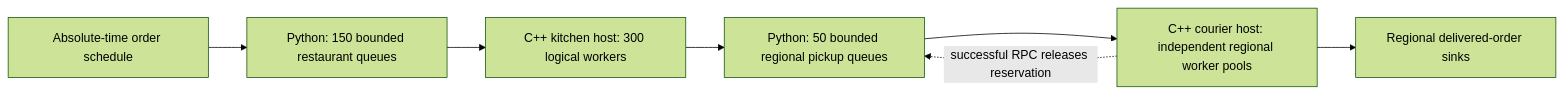
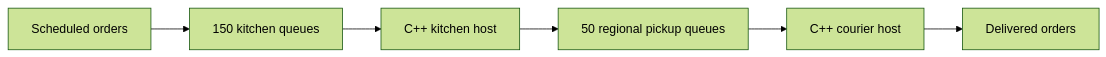
One commit to Colby-Frison/cs-4113-lab1 changed the diagram in analysis/simple/obj-b-food-delivery/large/README.md. Above: the diagram before and after it, drawn with Mermaid (forest theme). The commit also changed other lines of this file and 23 other files, not shown here.

````diff
--- a/analysis/simple/obj-b-food-delivery/large/README.md
+++ b/analysis/simple/obj-b-food-delivery/large/README.md
@@ -19,9 +12,8 @@
 ```mermaid
 flowchart LR
-    G[Absolute-time order schedule] --> Q[Python: 150 bounded restaurant queues]
-    Q --> K[C++ kitchen host: 300 logical workers]
-    K --> P[Python: 50 bounded regional pickup queues]
-    P --> C[C++ courier host: independent regional worker pools]
-    C --> S[Regional delivered-order sinks]
-    C -. successful RPC releases reservation .-> P
+    G[Scheduled orders] --> Q[150 kitchen queues]
+    Q --> K[C++ kitchen host]
+    K --> P[50 regional pickup queues]
+    P --> C[C++ courier host]
+    C --> S[Delivered orders]
 ```
````
